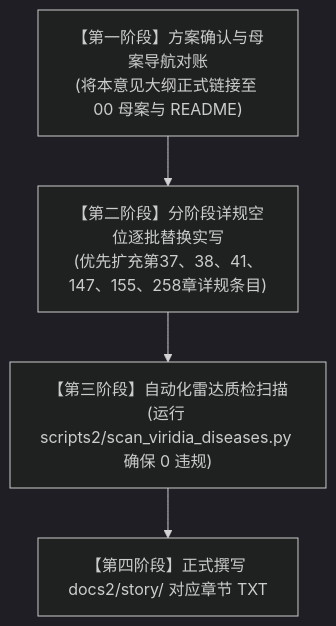
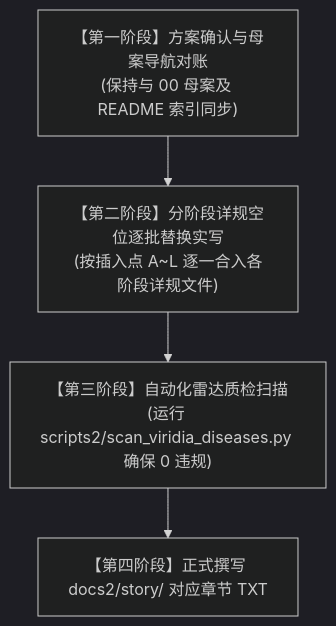
The second of 2 diagrams in 方案/第二部/主线与世界扩充方案/艾德里安主线剧情扩充大纲与意见建议.md (soranokiseki1437/eldoria-worldbook), drawn with Mermaid (dark theme) before and after one commit. The commit also changed other lines of this file and 74 other files, not shown here.

````diff
--- a/方案/第二部/主线与世界扩充方案/艾德里安主线剧情扩充大纲与意见建议.md
+++ b/方案/第二部/主线与世界扩充方案/艾德里安主线剧情扩充大纲与意见建议.md
@@ -313,6 +251,6 @@
 ```mermaid
 graph TD
-    Step1["【第一阶段】方案确认与母案导航对账<br/>(将本意见大纲正式链接至 00 母案与 README)"] --> Step2["【第二阶段】分阶段详规空位逐批替换实写<br/>(优先扩充第37、38、41、147、155、258章详规条目)"]
+    Step1["【第一阶段】方案确认与母案导航对账<br/>(保持与 00 母案及 README 索引同步)"] --> Step2["【第二阶段】分阶段详规空位逐批替换实写<br/>(按插入点 A~L 逐一合入各阶段详规文件)"]
     Step2 --> Step3["【第三阶段】自动化雷达质检扫描<br/>(运行 scripts2/scan_viridia_diseases.py 确保 0 违规)"]
     Step3 --> Step4["【第四阶段】正式撰写 docs2/story/ 对应章节 TXT"]
 ```
````
